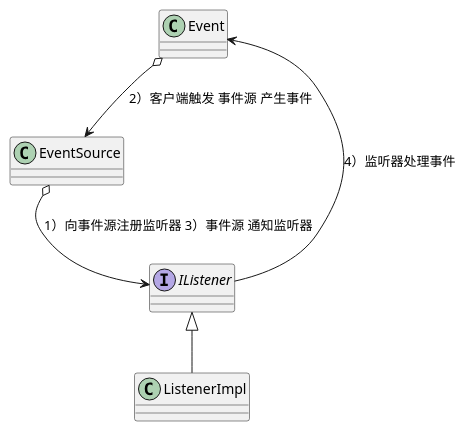
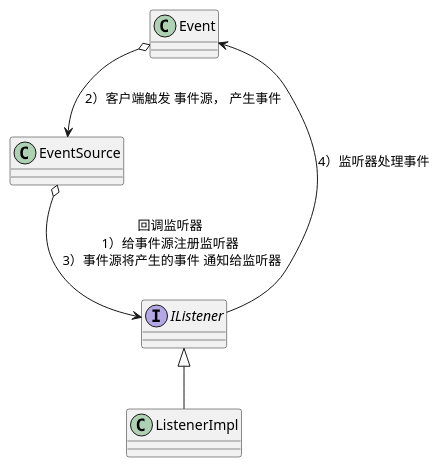
Before and after one commit to wuxiongbo/design_patterns: the diagram in src/main/java/my_demo/monitor/event/Listener.puml, drawn with PlantUML.

Commit message:
回调

```diff
--- a/src/main/java/my_demo/monitor/event/Listener.puml
+++ b/src/main/java/my_demo/monitor/event/Listener.puml
@@ -1,21 +1,21 @@
 @startuml
 'https://plantuml.com/class-diagram
 
 '回调思想
 '监听器 IListener  注册给  事件源 EventSource
 '事件源 EventSource  回调  监听器 IListener
 
 
 class Event
 class EventSource
 interface IListener
 class ListenerImpl
 
 
-EventSource o--> IListener : 1）向事件源注册监听器 3）事件源 通知监听器
-Event o--> EventSource : 2）客户端触发 事件源 产生事件
+EventSource o--> IListener : 回调监听器\n 1）给事件源注册监听器 \n 3）事件源将产生的事件 通知给监听器
+Event o--> EventSource : 2）客户端触发 事件源， 产生事件
 IListener <|-- ListenerImpl
 IListener --> Event : 4）监听器处理事件
 
 
 @enduml
```
